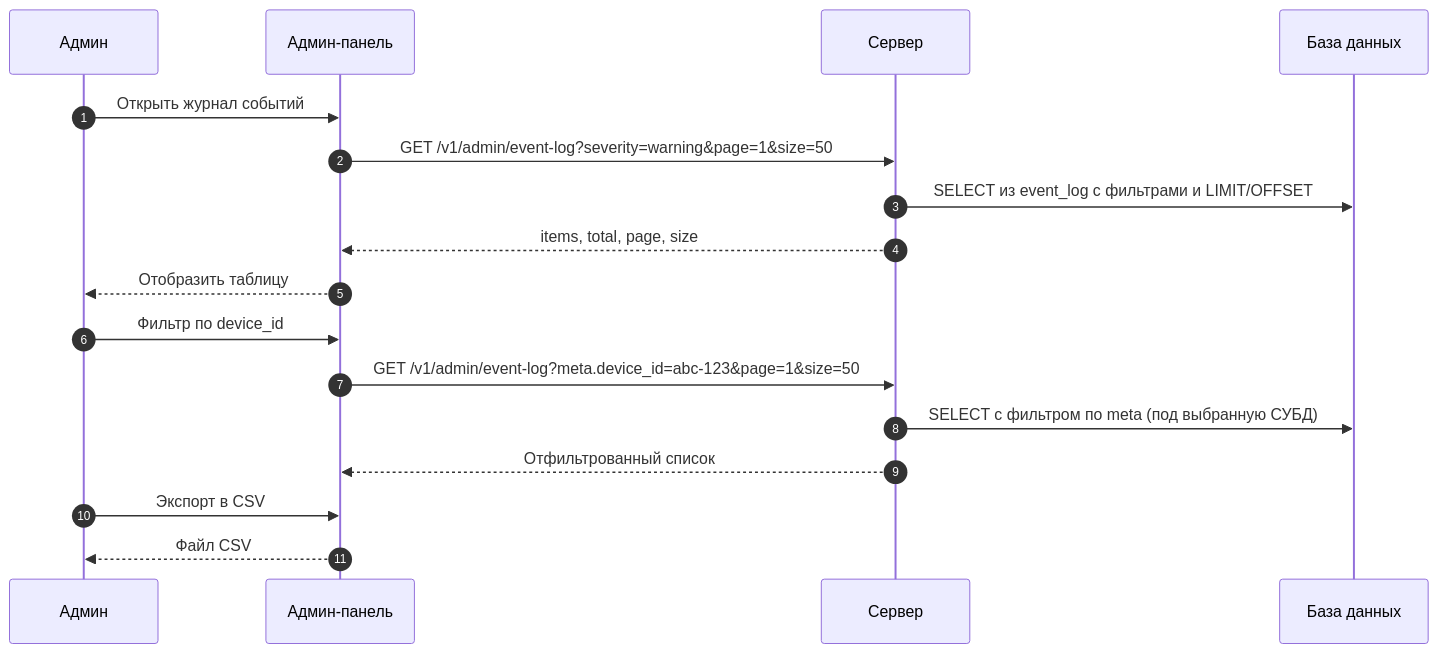
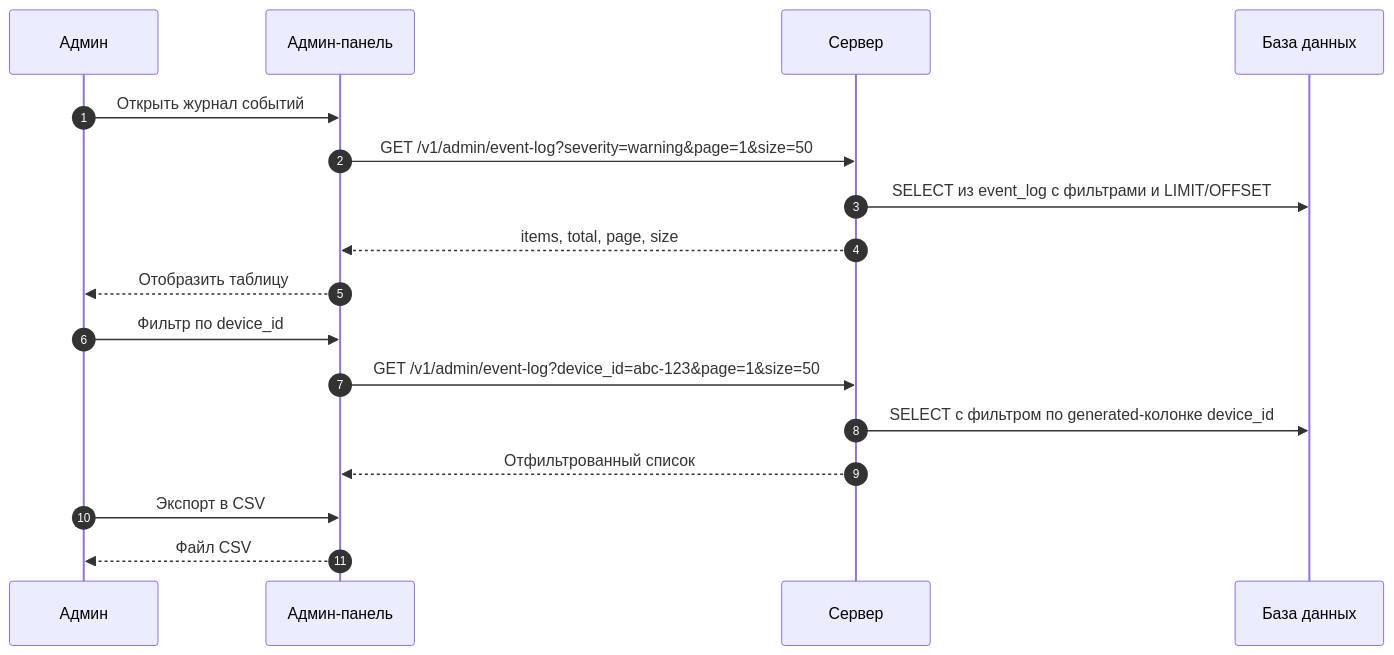
One commit to SP4CEVI/iasu-2.0 changed diagram 13 of 13 in docs/concept.md. Above: the diagram before and after it, drawn with Mermaid. The commit also changed other lines of this file, not shown here.

````diff
--- a/docs/concept.md
+++ b/docs/concept.md
@@ -1254,20 +1450,20 @@
 ```mermaid
 sequenceDiagram
     autonumber
     participant Admin as Админ
     participant Web as Админ-панель
     participant API as Сервер
     participant DB as База данных
 
     Admin->>Web: Открыть журнал событий
     Web->>API: GET /v1/admin/event-log?severity=warning&page=1&size=50
     API->>DB: SELECT из event_log с фильтрами и LIMIT/OFFSET
     API-->>Web: items, total, page, size
     Web-->>Admin: Отобразить таблицу
     Admin->>Web: Фильтр по device_id
-    Web->>API: GET /v1/admin/event-log?meta.device_id=abc-123&page=1&size=50
-    API->>DB: SELECT с фильтром по meta (под выбранную СУБД)
+    Web->>API: GET /v1/admin/event-log?device_id=abc-123&page=1&size=50
+    API->>DB: SELECT с фильтром по generated-колонке device_id
     API-->>Web: Отфильтрованный список
     Admin->>Web: Экспорт в CSV
     Web-->>Admin: Файл CSV
 ```
````
